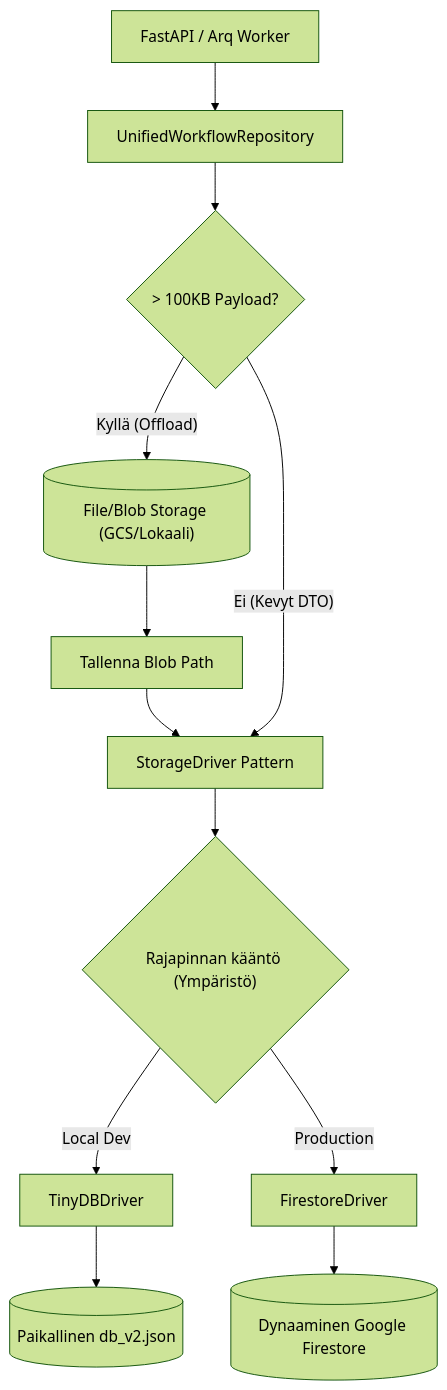
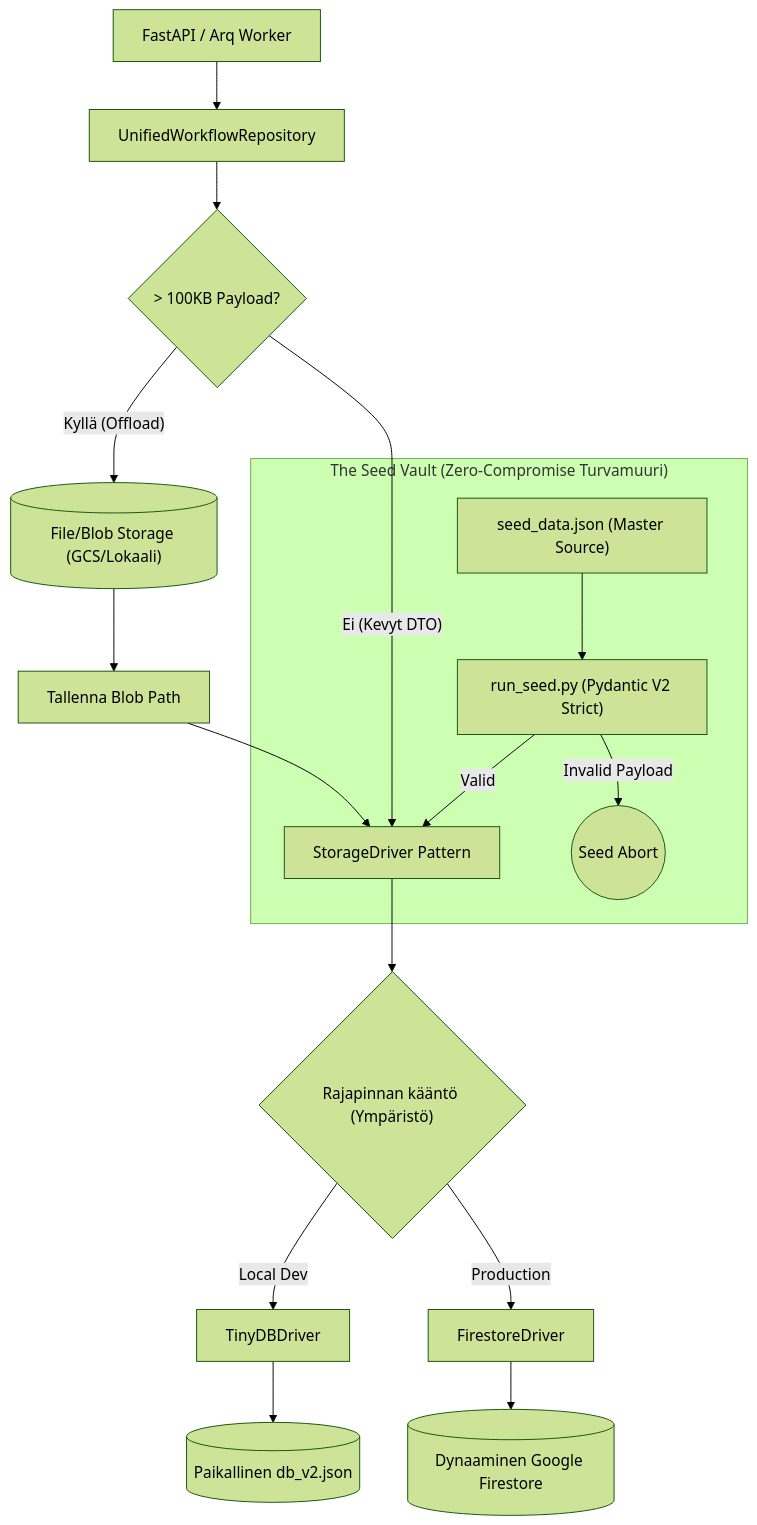
The diagram in docs/architecture/05_data_persistence_and_seeding.md (launis/quorum), drawn with Mermaid (forest theme) before and after one commit. The commit also changed other lines of this file and 9 other files, not shown here.

Commit message:
docs: add comprehensive architecture documentation covering dynamic rendering, persistence, and system design principles

````diff
--- a/docs/architecture/05_data_persistence_and_seeding.md
+++ b/docs/architecture/05_data_persistence_and_seeding.md
@@ -9,19 +9,25 @@
 ```mermaid
 flowchart TD
     API["FastAPI / Arq Worker"] --> Repo["UnifiedWorkflowRepository"]
     
     Repo --> Check{"> 100KB Payload?"}
     
     Check -- "Kyllä (Offload)" --> BlobStorage[("File/Blob Storage (GCS/Lokaali)")]
     BlobStorage --> Path["Tallenna Blob Path"]
     Path --> Driver
     
     Check -- "Ei (Kevyt DTO)" --> Driver["StorageDriver Pattern"]
     
     Driver --> Envs{"Rajapinnan kääntö (Ympäristö)"}
     Envs -- "Local Dev" --> Tiny["TinyDBDriver"]
     Envs -- "Production" --> Fire["FirestoreDriver"]
     
     Tiny --> DB1[("Paikallinen db_v2.json")]
     Fire --> DB2[("Dynaaminen Google Firestore")]
+
+    subgraph SeedVault ["The Seed Vault (Zero-Compromise Turvamuuri)"]
+        SeedData["seed_data.json (Master Source)"] --> SeedRunner["run_seed.py (Pydantic V2 Strict)"]
+        SeedRunner -->|Valid| Driver
+        SeedRunner -->|Invalid Payload| Crash((Seed Abort))
+    end
 ```
````
